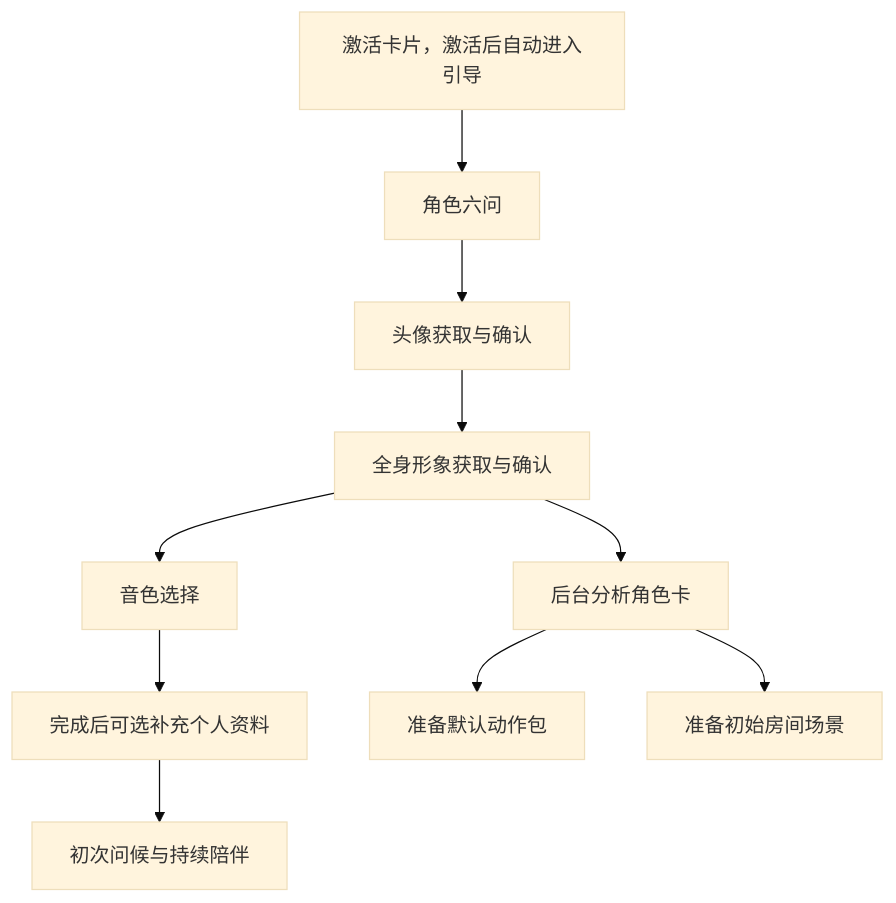
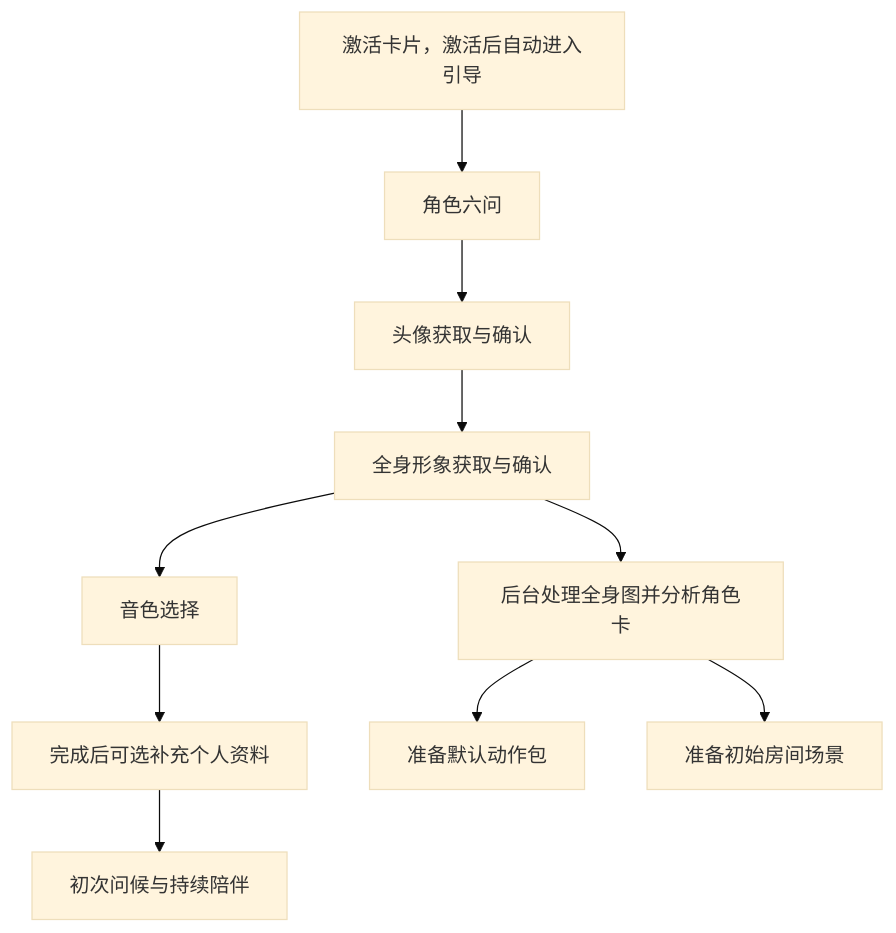
One commit to yangjinming1062/SpiritAgent changed the diagram in docs/DESIGN.md. Above: the diagram before and after it, drawn with Mermaid (base theme). The commit also changed other lines of this file and 21 other files, not shown here.

First line of the commit message:
refactor(client,backend): 重构角色创建引导并异步处理首次全身图片

````diff
--- a/docs/DESIGN.md
+++ b/docs/DESIGN.md
@@ -15,12 +15,12 @@
 ```mermaid
 flowchart TD
     Activation[激活卡片，激活后自动进入引导] --> Role[角色六问]
     Role --> Avatar[头像获取与确认]
     Avatar --> Full[全身形象获取与确认]
     Full --> Voice[音色选择]
     Voice --> User[完成后可选补充个人资料]
     User --> Greeting[初次问候与持续陪伴]
-    Full --> Card[后台分析角色卡]
+    Full --> Card[后台处理全身图并分析角色卡]
     Card --> Video[准备默认动作包]
     Card --> Scene[准备初始房间场景]
 ```
````
